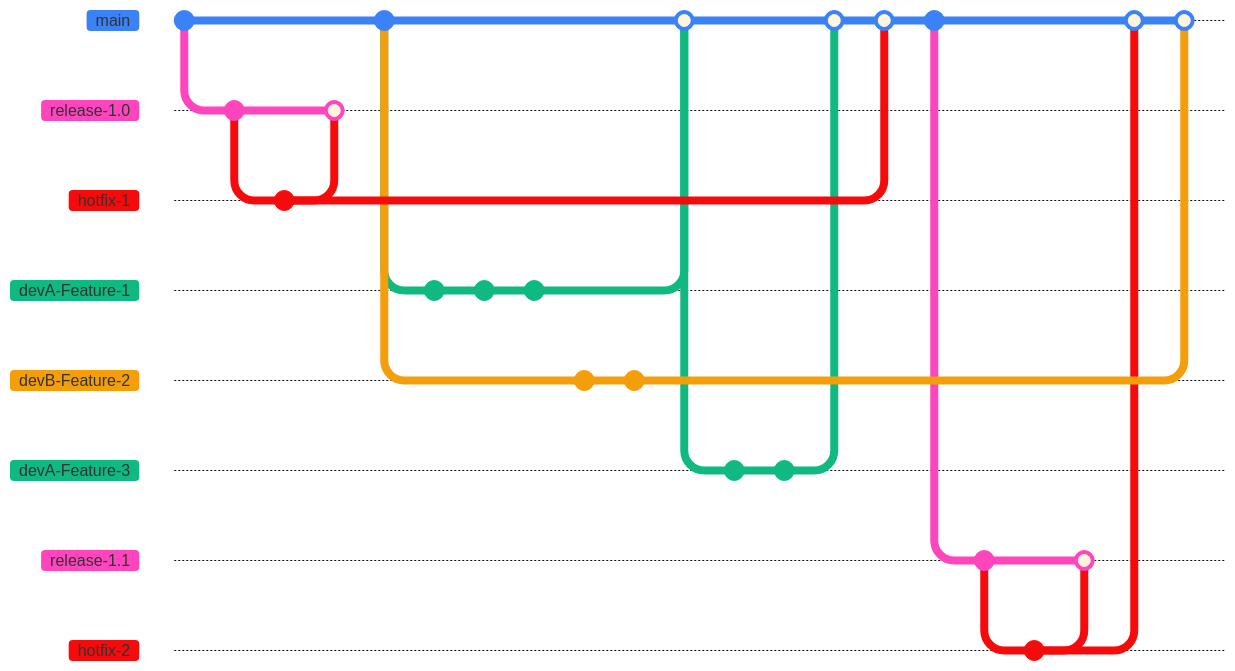
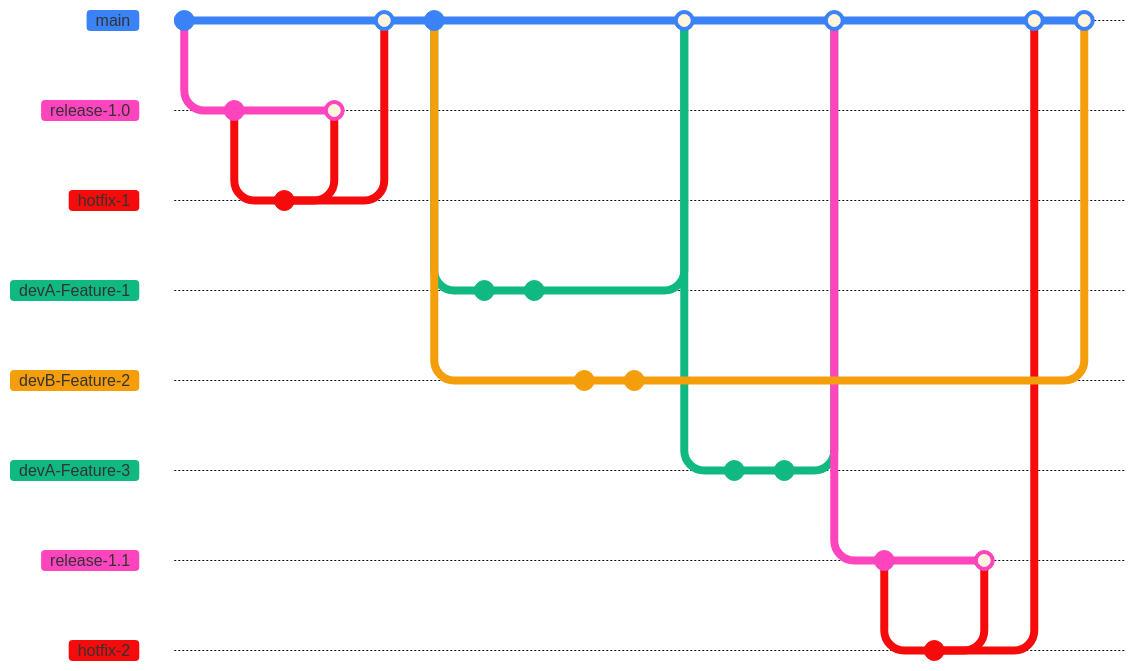
One commit to NHSDigital/dtos-cohort-manager changed the sixth of 6 diagrams in docs/user-guides/Git_branching-strategies.md. Above: the diagram before and after it, drawn with Mermaid. The commit also changed other lines of this file, not shown here. Commit ids are hidden.

````diff
--- a/docs/user-guides/Git_branching-strategies.md
+++ b/docs/user-guides/Git_branching-strategies.md
@@ -271,65 +273,62 @@
 ```mermaid
 %%{init: {'theme':'base', 'themeVariables': {'git0':'#3b82f6', 'git1':'#fe45be','git2':'#f50b0b','git3':'#10b981','git4':'#f59e0b','git5':'#10b981','git6':'#fe45be', 'git7':'#f50b0b'}}}%%
 gitGraph
 
     checkout main
     commit
 
     branch release-1.0
     commit
     
     branch hotfix-1
     checkout hotfix-1
     commit id: "Hotfix 1 for main"
     checkout release-1.0
     merge hotfix-1 id: "Hotfix 1 for release-1.0"
+    
+    checkout main
+    merge hotfix-1 id: "PR-04 Hotfix for main"
 
     checkout main
     commit
 
     branch devA-Feature-1
     checkout devA-Feature-1
-    commit
     commit
     commit
     checkout main
 
     branch devB-Feature-2
     checkout devB-Feature-2
     commit
     commit
 
     checkout main
     merge devA-Feature-1 id: "PR-01: Feature A"
 
-
     checkout main
     branch devA-Feature-3
     checkout devA-Feature-3
     commit
     commit
 
     checkout main
     merge devA-Feature-3  id: "PR-02: Feature C"
-    
-    checkout main
-    merge hotfix-1 id: "PR-04 Hotfix for main"
-    commit
 
     branch release-1.1
     checkout release-1.1
     commit id: "Release 1.1"
     
     branch hotfix-2
     checkout hotfix-2
     commit id: "Hotfix for Release 1.1"
     checkout release-1.1
     merge hotfix-2 id: "Hotfix for Release 1.1 (release branch)"
 
     checkout main
     merge hotfix-2 id: "Hotfix for Release 1.1 (main)"
 
     checkout main
     merge devB-Feature-2 id: "PR-03: Feature B"
     
 ```
````
